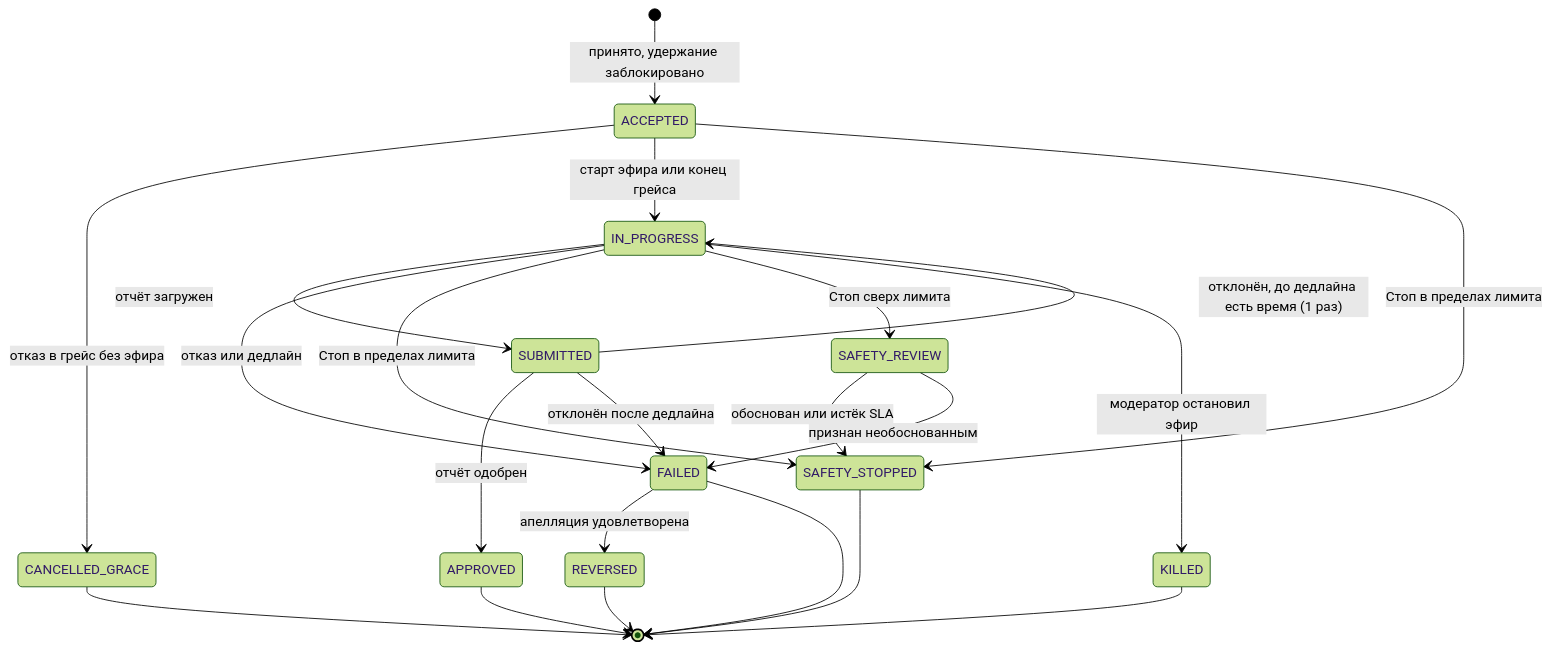
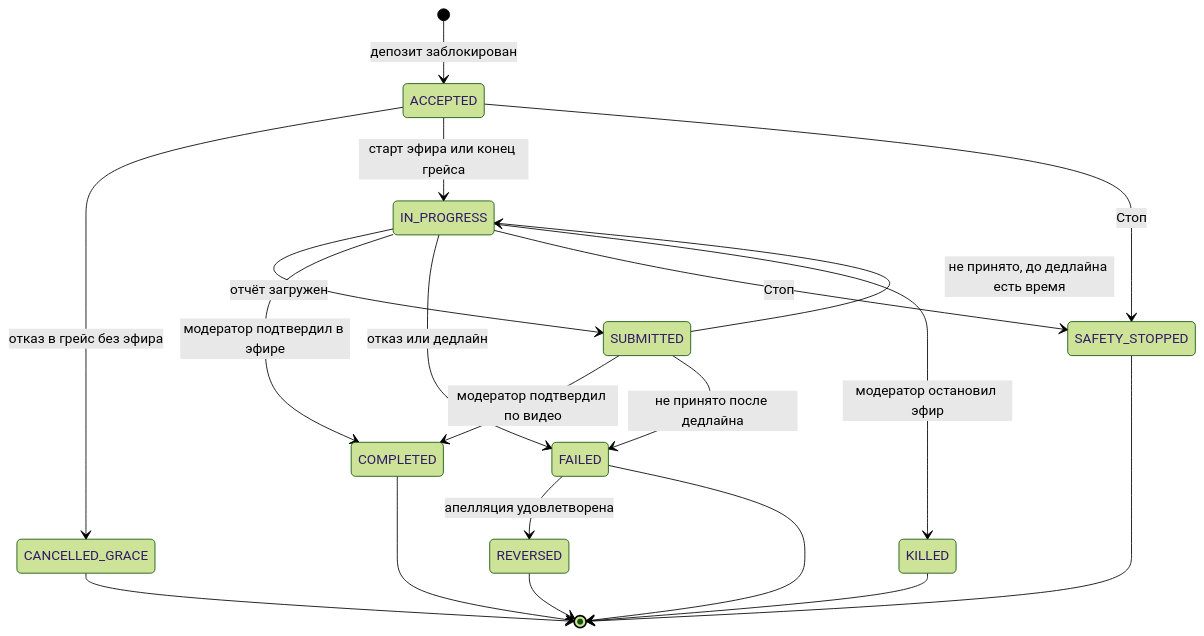
The fourth of 4 diagrams in dare-mvp/TZ-MVP.md (cryptoinvestccc-del/VPN), drawn with Mermaid (forest theme) before and after one commit. The commit also changed other lines of this file, not shown here.

````diff
--- a/dare-mvp/TZ-MVP.md
+++ b/dare-mvp/TZ-MVP.md
@@ -628,24 +722,22 @@
 ```mermaid
 stateDiagram-v2
-  [*] --> ACCEPTED: принято, удержание заблокировано
+  [*] --> ACCEPTED: депозит заблокирован
   ACCEPTED --> CANCELLED_GRACE: отказ в грейс без эфира
   ACCEPTED --> IN_PROGRESS: старт эфира или конец грейса
   IN_PROGRESS --> SUBMITTED: отчёт загружен
-  SUBMITTED --> APPROVED: отчёт одобрен
-  SUBMITTED --> IN_PROGRESS: отклонён, до дедлайна есть время (1 раз)
-  SUBMITTED --> FAILED: отклонён после дедлайна
+  IN_PROGRESS --> COMPLETED: модератор подтвердил в эфире
+  SUBMITTED --> COMPLETED: модератор подтвердил по видео
+  SUBMITTED --> IN_PROGRESS: не принято, до дедлайна есть время
+  SUBMITTED --> FAILED: не принято после дедлайна
   IN_PROGRESS --> FAILED: отказ или дедлайн
-  ACCEPTED --> SAFETY_STOPPED: Стоп в пределах лимита
-  IN_PROGRESS --> SAFETY_STOPPED: Стоп в пределах лимита
-  IN_PROGRESS --> SAFETY_REVIEW: Стоп сверх лимита
-  SAFETY_REVIEW --> SAFETY_STOPPED: обоснован или истёк SLA
-  SAFETY_REVIEW --> FAILED: признан необоснованным
+  ACCEPTED --> SAFETY_STOPPED: Стоп
+  IN_PROGRESS --> SAFETY_STOPPED: Стоп
   IN_PROGRESS --> KILLED: модератор остановил эфир
   FAILED --> REVERSED: апелляция удовлетворена
-  APPROVED --> [*]
+  COMPLETED --> [*]
   FAILED --> [*]
   CANCELLED_GRACE --> [*]
   SAFETY_STOPPED --> [*]
   KILLED --> [*]
   REVERSED --> [*]
 ```
````
